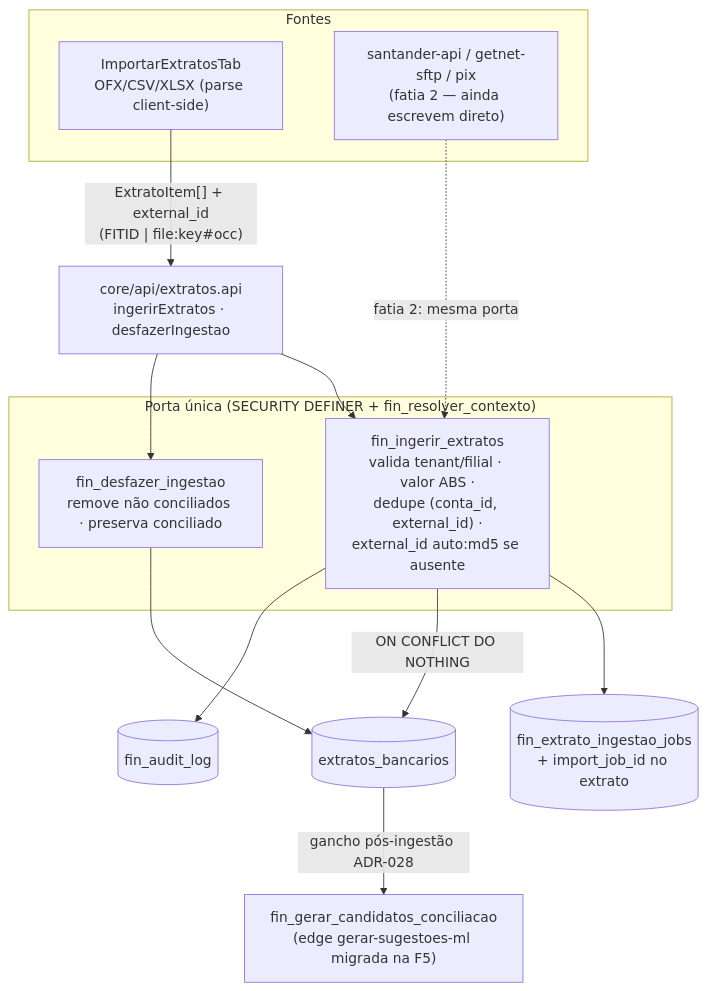
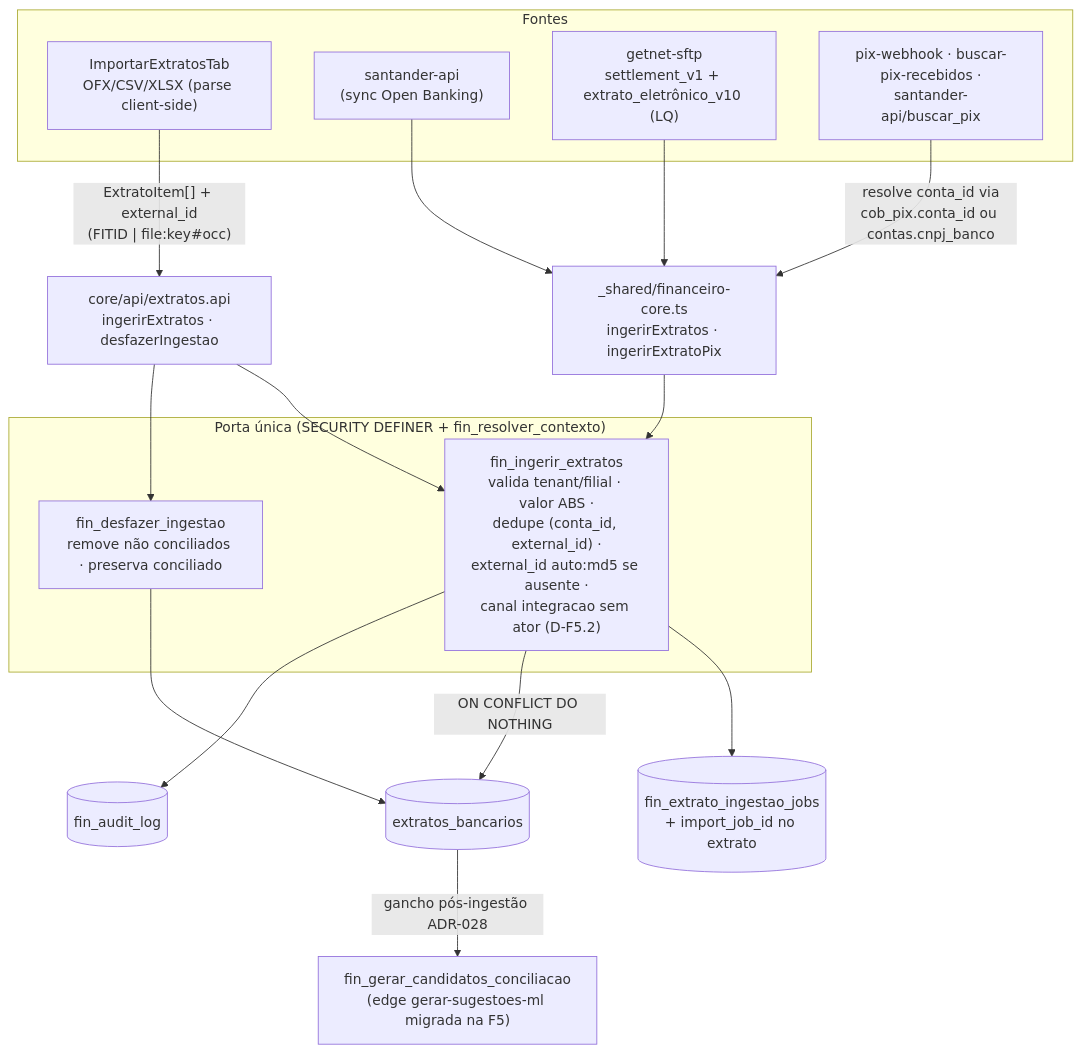
The seventh of 7 diagrams in docs/diagramas/fluxo-financeiro.md (adrianoapc/igreja-carvalho), drawn with Mermaid before and after one commit. The commit also changed other lines of this file and 9 other files, not shown here.

First line of the commit message:
feat(financeiro): F5 — conclui a fatia 2 (getnet-sftp + PIX na porta única) (#51)

````diff
--- a/docs/diagramas/fluxo-financeiro.md
+++ b/docs/diagramas/fluxo-financeiro.md
@@ -373,25 +378,31 @@
 ```mermaid
 flowchart TD
     subgraph SRC["Fontes"]
         OFX["ImportarExtratosTab\nOFX/CSV/XLSX (parse client-side)"]
-        SAN["santander-api / getnet-sftp / pix\n(fatia 2 — ainda escrevem direto)"]
+        SAN["santander-api\n(sync Open Banking)"]
+        GET["getnet-sftp\nsettlement_v1 + extrato_eletrônico_v10 (LQ)"]
+        PIX["pix-webhook · buscar-pix-recebidos ·\nsantander-api/buscar_pix"]
     end
 
     EAPI["core/api/extratos.api\ningerirExtratos · desfazerIngestao"]
+    SHIM["_shared/financeiro-core.ts\ningerirExtratos · ingerirExtratoPix"]
     OFX -->|"ExtratoItem[] + external_id\n(FITID | file:key#occ)"| EAPI
+    SAN --> SHIM
+    GET --> SHIM
+    PIX -->|"resolve conta_id via\ncob_pix.conta_id ou contas.cnpj_banco"| SHIM
 
     subgraph RPC["Porta única (SECURITY DEFINER + fin_resolver_contexto)"]
-        ING["fin_ingerir_extratos\nvalida tenant/filial · valor ABS ·\ndedupe (conta_id, external_id) ·\nexternal_id auto:md5 se ausente"]
+        ING["fin_ingerir_extratos\nvalida tenant/filial · valor ABS ·\ndedupe (conta_id, external_id) ·\nexternal_id auto:md5 se ausente ·\ncanal integracao sem ator (D-F5.2)"]
         UNDO["fin_desfazer_ingestao\nremove não conciliados · preserva conciliado"]
     end
     EAPI --> ING
     EAPI --> UNDO
+    SHIM --> ING
 
     ING --> JOB[(fin_extrato_ingestao_jobs\n+ import_job_id no extrato)]
     ING -->|ON CONFLICT DO NOTHING| EXT[(extratos_bancarios)]
     ING --> AUD[(fin_audit_log)]
     UNDO --> EXT
 
-    SAN -.->|fatia 2: mesma porta| ING
     EXT -->|gancho pós-ingestão ADR-028| SCORE["fin_gerar_candidatos_conciliacao\n(edge gerar-sugestoes-ml migrada na F5)"]
 ```
````
